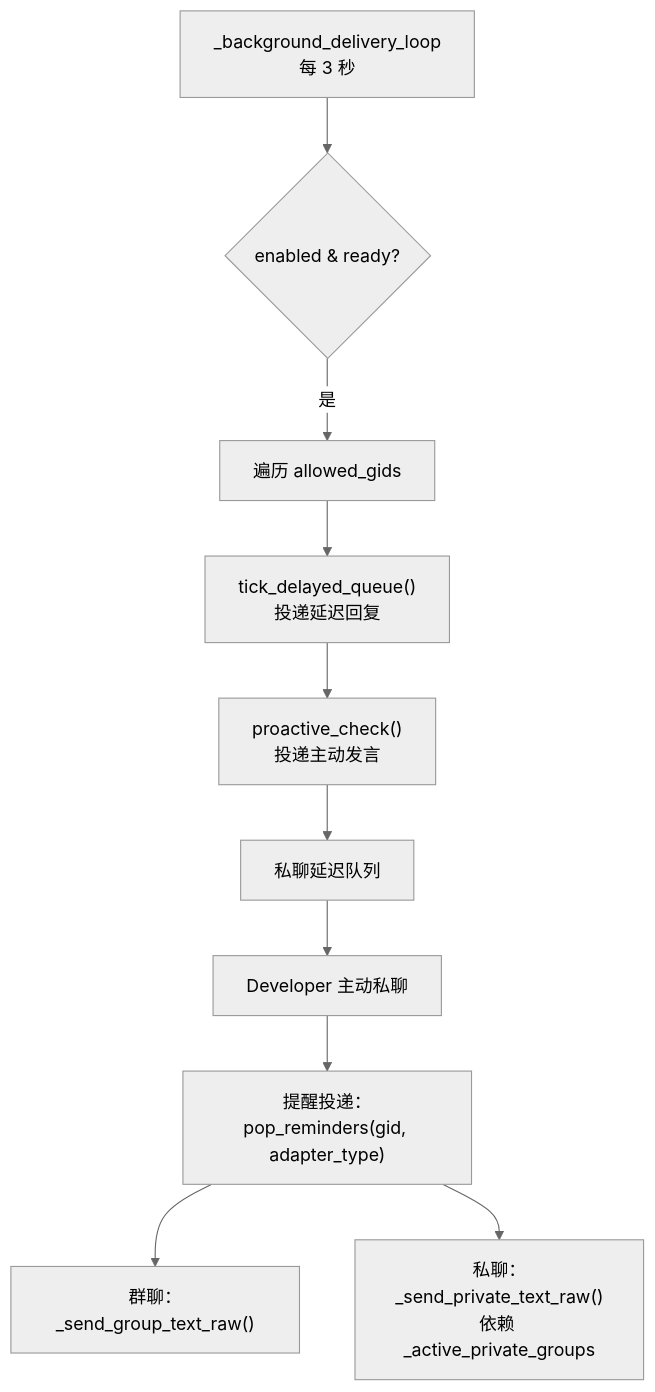
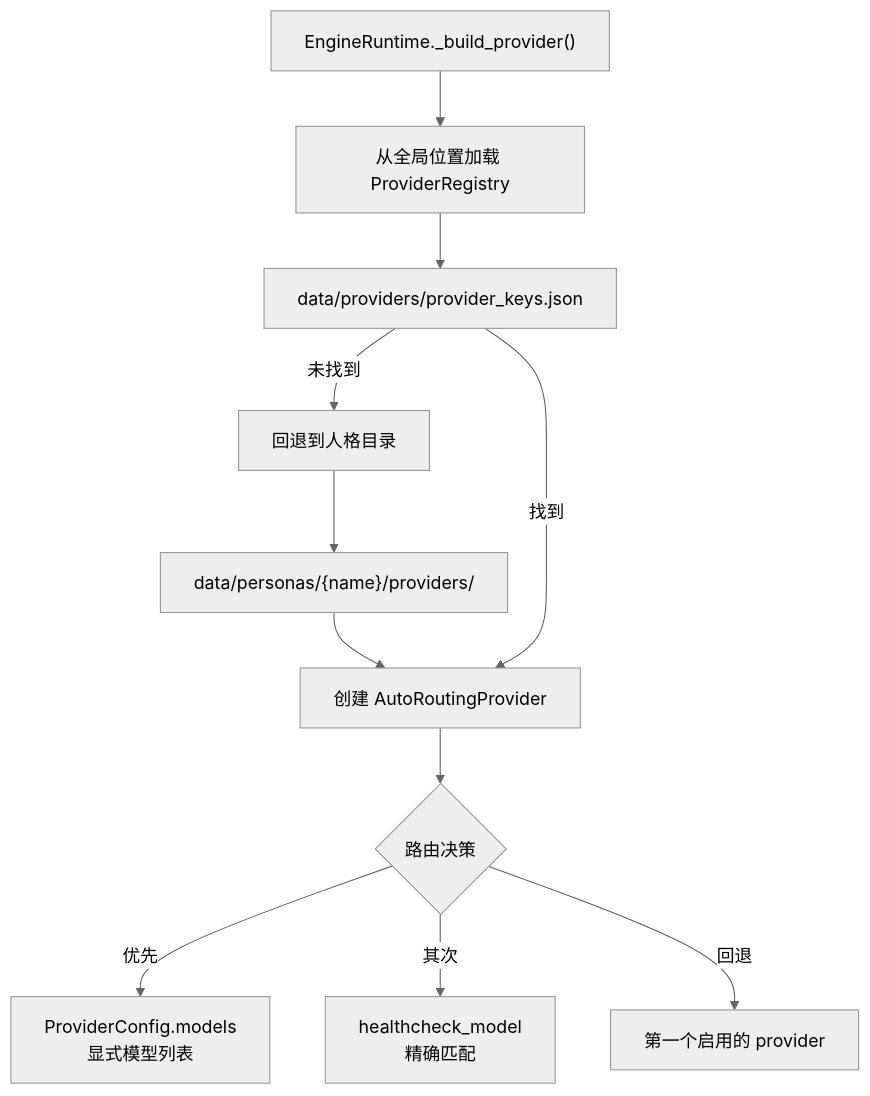
One commit to Sparrived/SiriusChat changed diagram 11 of 11 in docs/full-architecture-flow.md. Above: the diagram before and after it, drawn with Mermaid (neutral theme). The commit also changed other lines of this file and 20 other files, not shown here.

````diff
--- a/docs/full-architecture-flow.md
+++ b/docs/full-architecture-flow.md
@@ -211,12 +462,14 @@
 ```mermaid
 flowchart TD
-    A["_background_delivery_loop\n每 3 秒"] --> B{"enabled & ready?"}
-    B -->|是| C["遍历 allowed_gids"]
-    C --> D["tick_delayed_queue()\n投递延迟回复"]
-    D --> E["proactive_check()\n投递主动发言"]
-    E --> F["私聊延迟队列"]
-    F --> G["Developer 主动私聊"]
-    G --> H["提醒投递：pop_reminders(gid, adapter_type)"]
-    H --> I["群聊：_send_group_text_raw()"]
-    H --> J["私聊：_send_private_text_raw()\n依赖 _active_private_groups"]
+    A["EngineRuntime._build_provider()"] --> B["从全局位置加载 ProviderRegistry"]
+    B --> C["data/providers/provider_keys.json"]
+    C -->|"未找到"| D["回退到人格目录"]
+    D --> E["data/personas/{name}/providers/"]
+    E --> F["创建 AutoRoutingProvider"]
+    C -->|"找到"| F
+
+    F --> G{"路由决策"}
+    G -->|"优先"| H["ProviderConfig.models<br/>显式模型列表"]
+    G -->|"其次"| I["healthcheck_model<br/>精确匹配"]
+    G -->|"回退"| J["第一个启用的 provider"]
 ```
````
